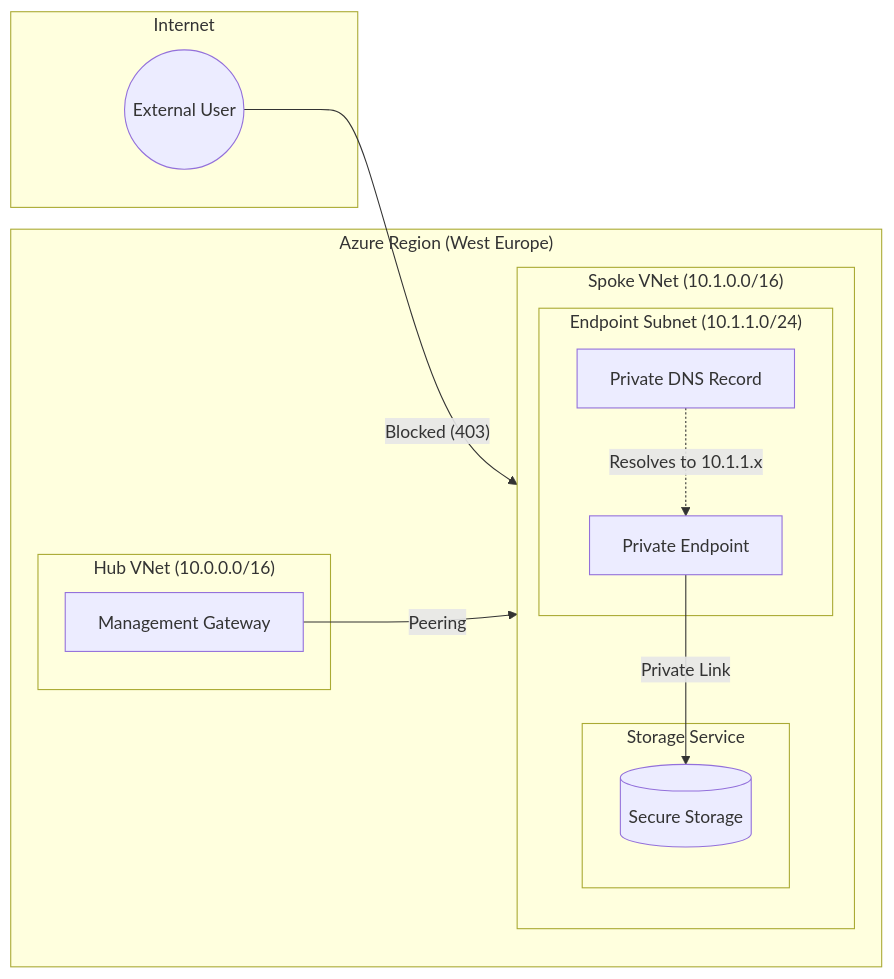
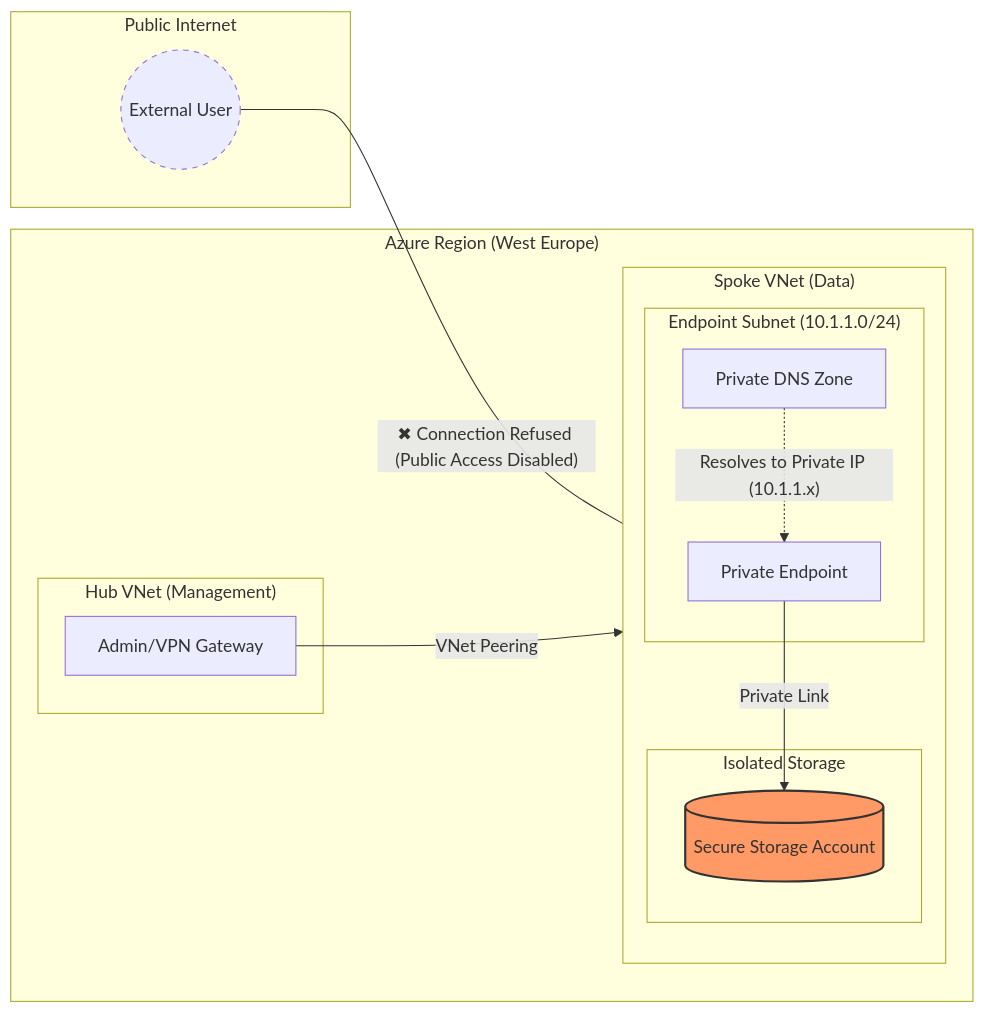
One commit to Turok997/Azure-Secure-Storage changed the diagram in README.md. Above: the diagram before and after it, drawn with Mermaid. The commit also changed 3 other files, not shown here.

````diff
--- a/README.md
+++ b/README.md
@@ -8,29 +8,34 @@
 ```mermaid
 graph LR
-    subgraph Internet
+    subgraph Internet ["Public Internet"]
         User((External User))
     end
 
-    subgraph "Azure Region (West Europe)"
-        subgraph "Hub VNet (10.0.0.0/16)"
-            HubGate[Management Gateway]
+    subgraph Azure ["Azure Region (West Europe)"]
+        subgraph HubVNet ["Hub VNet (Management)"]
+            Admin[Admin/VPN Gateway]
         end
 
-        subgraph "Spoke VNet (10.1.0.0/16)"
+        subgraph SpokeVNet ["Spoke VNet (Data)"]
             direction TB
-            subgraph "Endpoint Subnet (10.1.1.0/24)"
+            subgraph Subnet ["Endpoint Subnet (10.1.1.0/24)"]
                 PE[Private Endpoint]
-                DNS[Private DNS Record]
+                DNS[Private DNS Zone]
             end
             
-            subgraph "Storage Service"
-                ST[(Secure Storage)]
+            subgraph StorageEnclave ["Isolated Storage"]
+                ST[(Secure Storage Account)]
             end
         end
     end
 
-    User -- "Blocked (403)" --> ST
-    HubGate -- "Peering" --> PE
+    %% Traffic Flows
+    User -- "✖ Connection Refused (Public Access Disabled)" --- ST
+    Admin -- "VNet Peering" --> PE
     PE -- "Private Link" --> ST
-    DNS -. "Resolves to 10.1.1.x" .-> PE
+    DNS -. "Resolves to Private IP (10.1.1.x)" .-> PE
+
+    %% Styling
+    style ST fill:#f96,stroke:#333,stroke-width:2px
+    style User stroke-dasharray: 5 5
 ```
````
